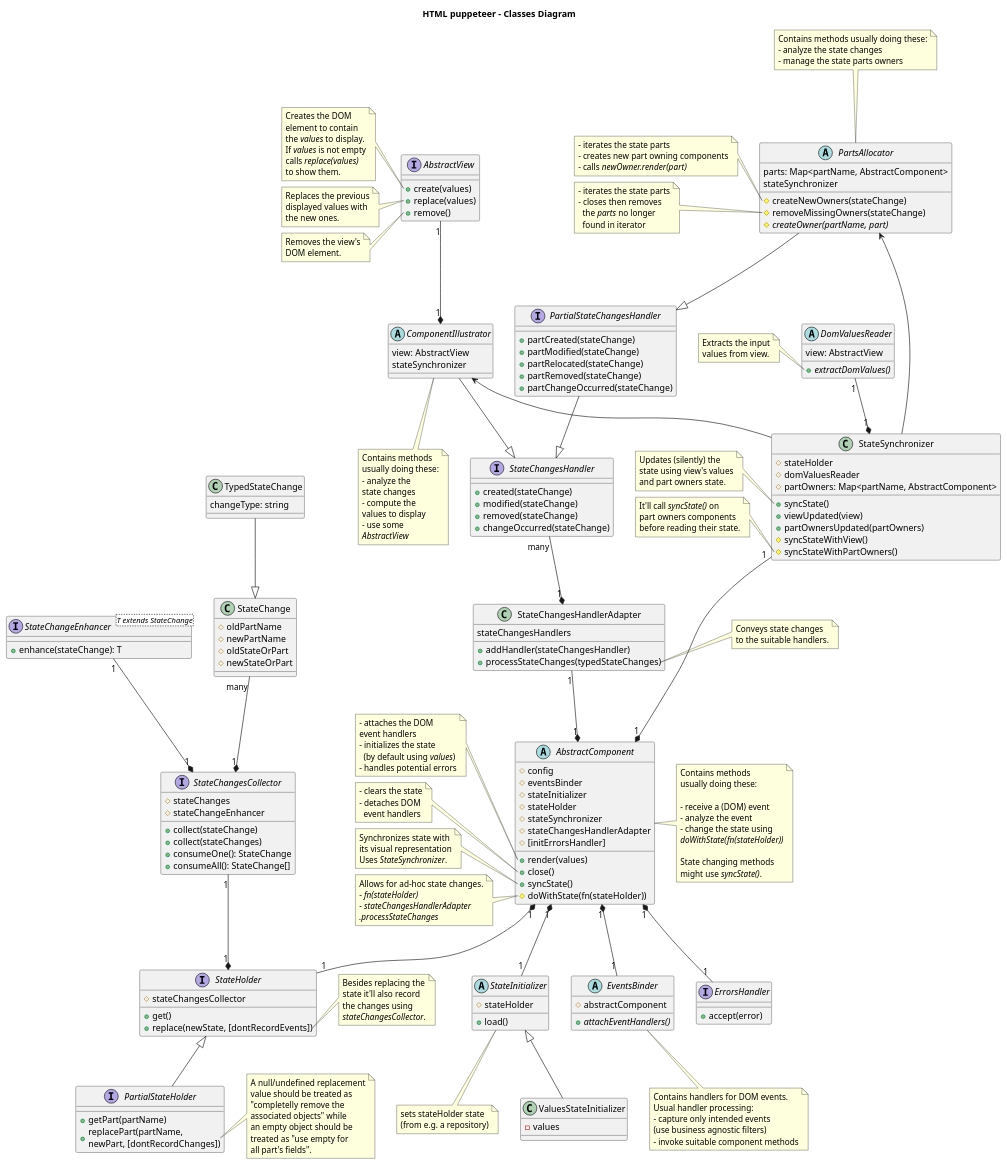
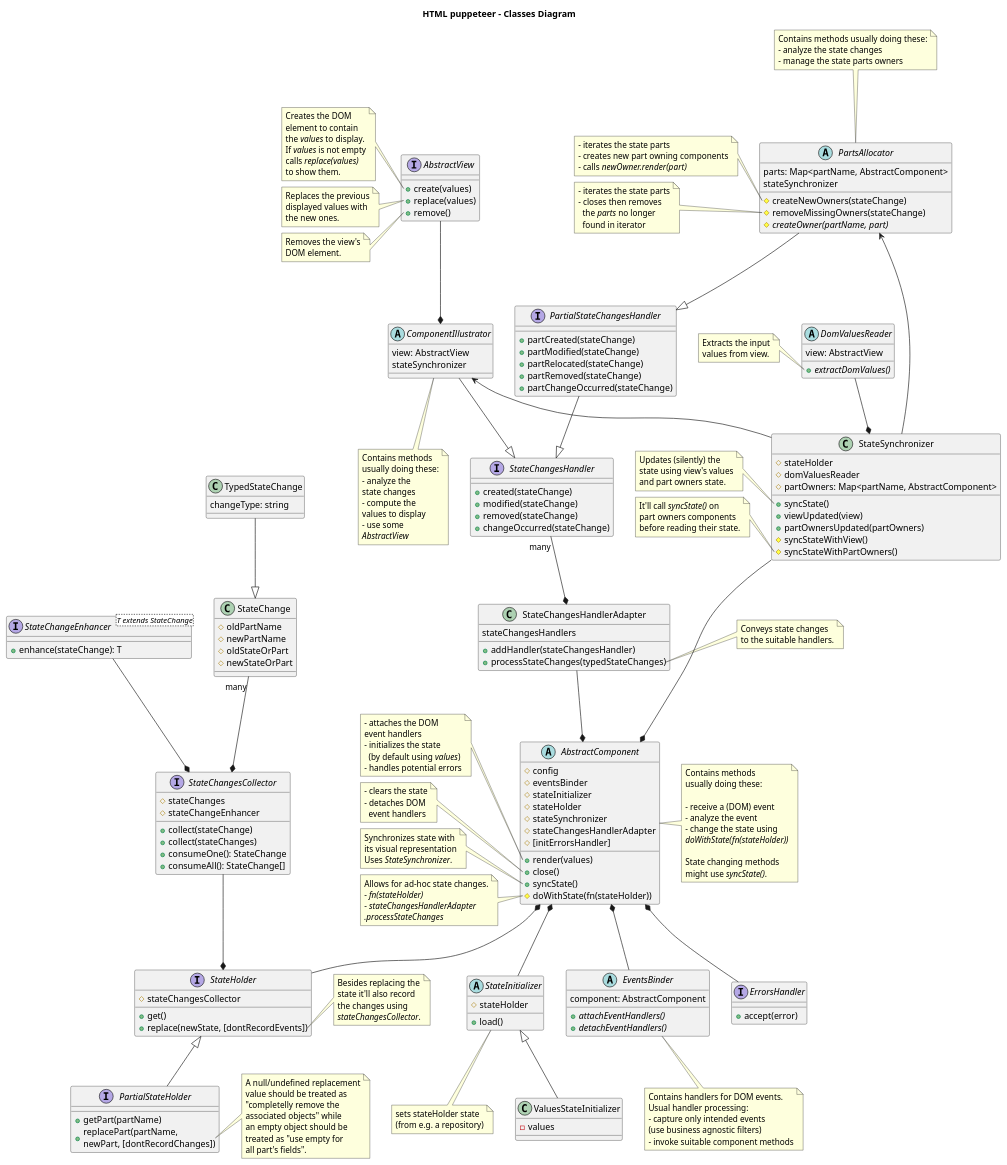
Before and after one commit to adrhc/html-puppeteer: the diagram in design/classes-diagram.puml, drawn with PlantUML. The commit also changed 17 other files, not shown here.

```diff
--- a/design/classes-diagram.puml
+++ b/design/classes-diagram.puml
@@ -3,8 +3,9 @@
 title HTML puppeteer - Classes Diagram
 
 abstract EventsBinder {
-  #abstractComponent
+  component: AbstractComponent
   {abstract}+attachEventHandlers()
+  {abstract}+detachEventHandlers()
 }
 
 note bottom of EventsBinder
@@ -304,30 +305,30 @@
 values from view.
 end note
 
-AbstractComponent "1" *-down- "1" EventsBinder
-AbstractComponent "1" *-down- "1" StateHolder
-AbstractComponent "1" *-down- "1" StateInitializer
-AbstractComponent "1" *-up- "1" StateChangesHandlerAdapter
-StateChangesHandlerAdapter "1" *-up- "many" StateChangesHandler
-ComponentIllustrator "1" *-up- "1" AbstractView
+AbstractComponent *-down- EventsBinder
+AbstractComponent *-down- StateHolder
+AbstractComponent *-down- StateInitializer
+AbstractComponent *-up- StateChangesHandlerAdapter
+StateChangesHandlerAdapter *-up- "many" StateChangesHandler
+ComponentIllustrator *-up- AbstractView
 PartialStateChangesHandler -down-|> StateChangesHandler
 PartsAllocator -down-|> PartialStateChangesHandler
 'StateChangesHandler -up-{ AbstractView : might use
-'DomValuesReader "1" *-up- "1" AbstractView
-StateSynchronizer "1" *-up- "1" DomValuesReader
+'DomValuesReader *-up- AbstractView
+StateSynchronizer *-up- DomValuesReader
 StateSynchronizer -up-> PartsAllocator
 StateSynchronizer -up-> ComponentIllustrator
-AbstractComponent "1" *-up- "1" StateSynchronizer
-AbstractComponent "1" *-down- "1" ErrorsHandler
-'AbstractComponent "1" *-right- "1" PartsAllocator
+AbstractComponent *-up- StateSynchronizer
+AbstractComponent *-down- ErrorsHandler
+'AbstractComponent *-right- PartsAllocator
 PartialStateHolder -up-|> StateHolder
-StateHolder "1" *-up- "1" StateChangesCollector
-StateChangesCollector "1" *-up- "many" StateChange
+StateHolder *-up- StateChangesCollector
+StateChangesCollector *-up- "many" StateChange
 ComponentIllustrator --|> StateChangesHandler
 TypedStateChange -down-|> StateChange
 'PartsAllocator -down-> StateHolder
 ValuesStateInitializer -up-|> StateInitializer
-StateChangesCollector "1" *-up- "1" StateChangeEnhancer
+StateChangesCollector *-up- StateChangeEnhancer
 
 /'note as setElement
 <i>domElement</i>
```
